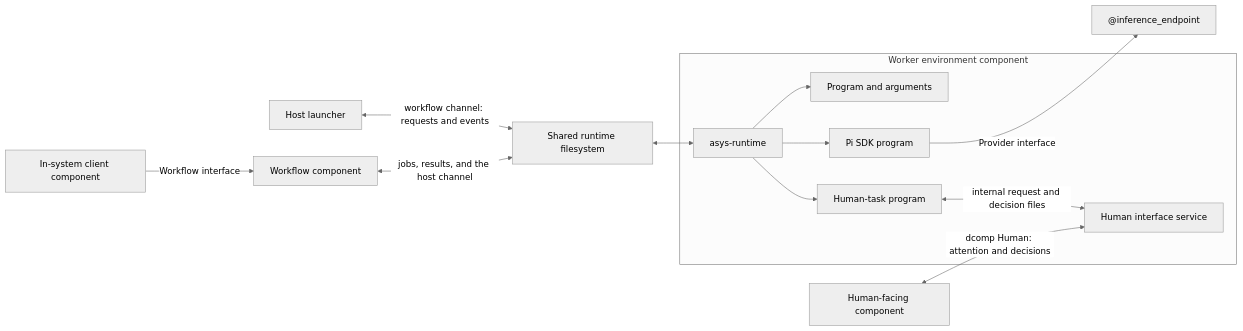
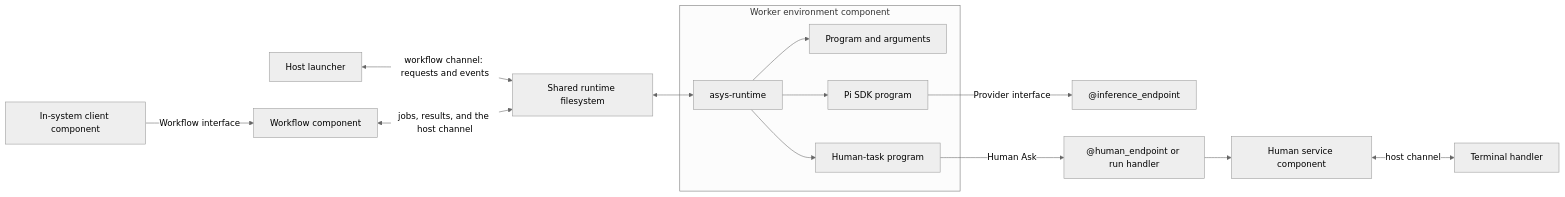
Before and after one commit to glguida/asys: the diagram in asys-bpmn/README.md, drawn with Mermaid (neutral theme). The commit also changed other lines of this file and 58 other files, not shown here.

````diff
--- a/asys-bpmn/README.md
+++ b/asys-bpmn/README.md
@@ -162,15 +164,16 @@
 ```mermaid
 flowchart LR
   Host[Host launcher] <-->|workflow channel: requests and events| Queue
   Client[In-system client component] -->|Workflow interface| BPMN[Workflow component]
   BPMN <-->|jobs, results, and the host channel| Queue[Shared runtime filesystem]
   Queue <--> Runtime
   subgraph Environment[Worker environment component]
     Runtime[asys-runtime] --> Program[Program and arguments]
     Runtime --> Pi[Pi SDK program]
     Runtime --> Human[Human-task program]
-    Human <-->|internal request and decision files| Service[Human interface service]
   end
   Pi -->|Provider interface| Endpoint["@inference_endpoint"]
-  UI[Human-facing component] <-->|dcomp Human: attention and decisions| Service
+  Human -->|Human Ask| HumanEndpoint["@human_endpoint or run handler"]
+  HumanEndpoint --> Service[Human service component]
+  Service <-->|host channel| UI[Terminal handler]
 ```
````
